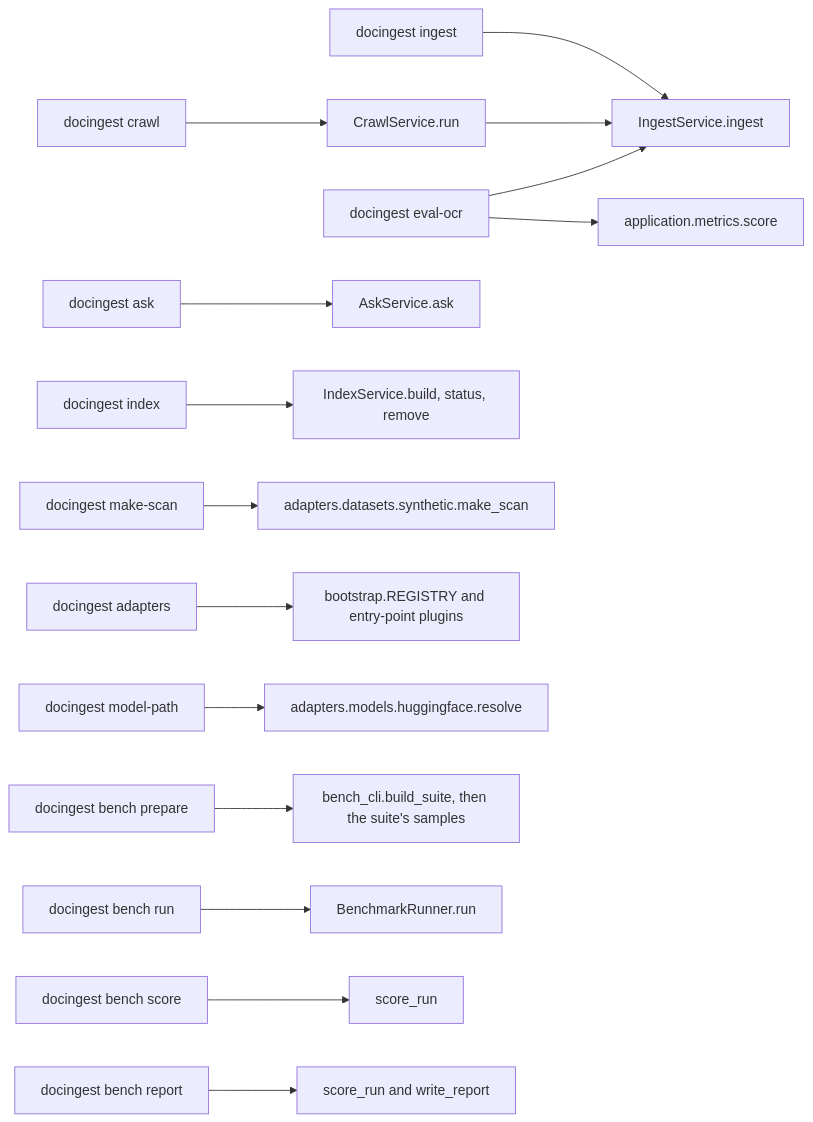
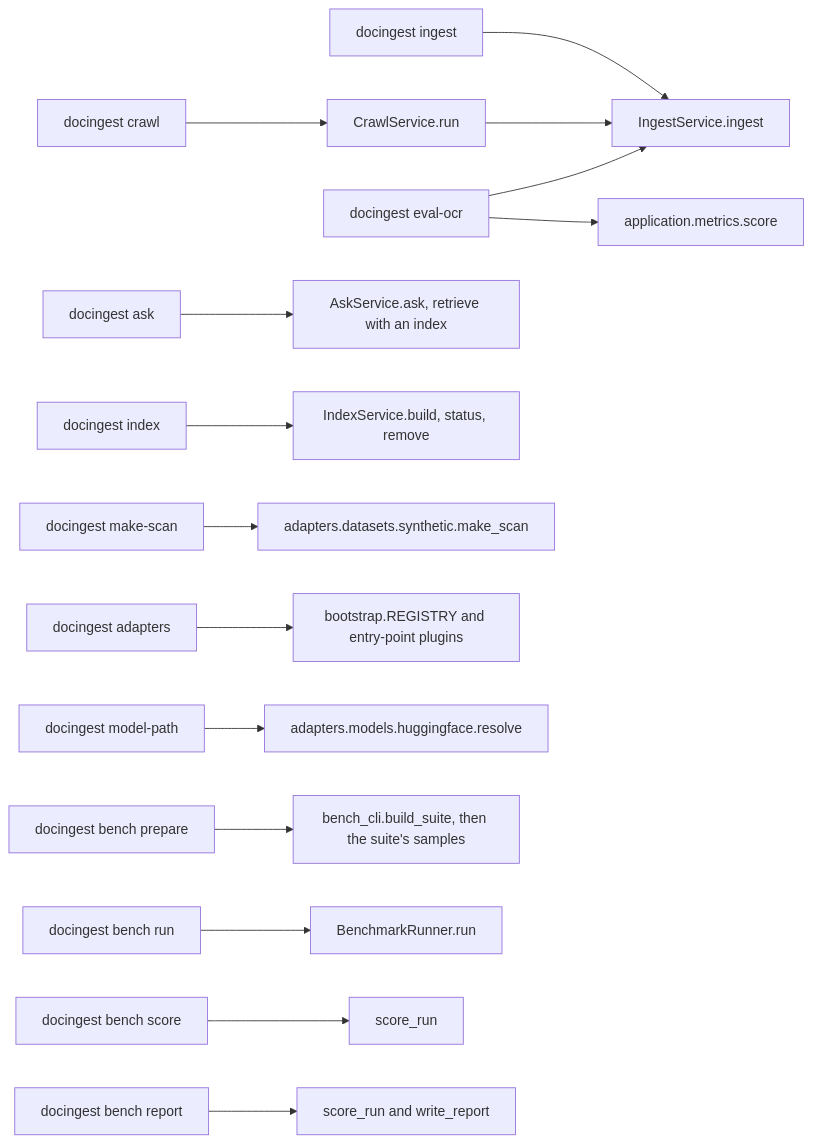
The second of 6 diagrams in packages/docingest/src/docingest/entrypoints/README.md (etxsA/doc-ingest), drawn with Mermaid before and after one commit. The commit also changed other lines of this file and 11 other files, not shown here.

First line of the commit message:
docs: ask with the chunk index, --index flags and ADR 0004

````diff
--- a/packages/docingest/src/docingest/entrypoints/README.md
+++ b/packages/docingest/src/docingest/entrypoints/README.md
@@ -72,17 +72,17 @@
 ```mermaid
 flowchart LR
     ingest["docingest ingest"] --> IS["IngestService.ingest"]
     crawl["docingest crawl"] --> CS["CrawlService.run"]
     CS --> IS
     evalocr["docingest eval-ocr"] --> IS
     evalocr --> MET["application.metrics.score"]
-    ask["docingest ask"] --> AS["AskService.ask"]
+    ask["docingest ask"] --> AS["AskService.ask, retrieve with an index"]
     index["docingest index"] --> IXS["IndexService.build, status, remove"]
     makescan["docingest make-scan"] --> MS["adapters.datasets.synthetic.make_scan"]
     adapters["docingest adapters"] --> REG["bootstrap.REGISTRY and entry-point plugins"]
     modelpath["docingest model-path"] --> HF["adapters.models.huggingface.resolve"]
     bprep["docingest bench prepare"] --> BS["bench_cli.build_suite, then the suite's samples"]
     brun["docingest bench run"] --> BR["BenchmarkRunner.run"]
     bscore["docingest bench score"] --> SR["score_run"]
     breport["docingest bench report"] --> WR["score_run and write_report"]
 ```
````
